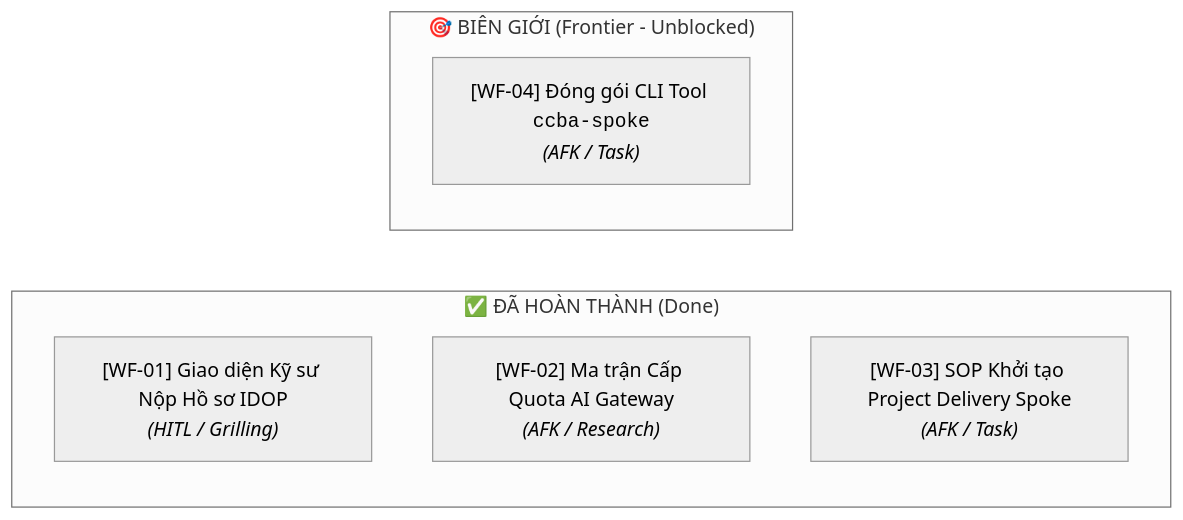
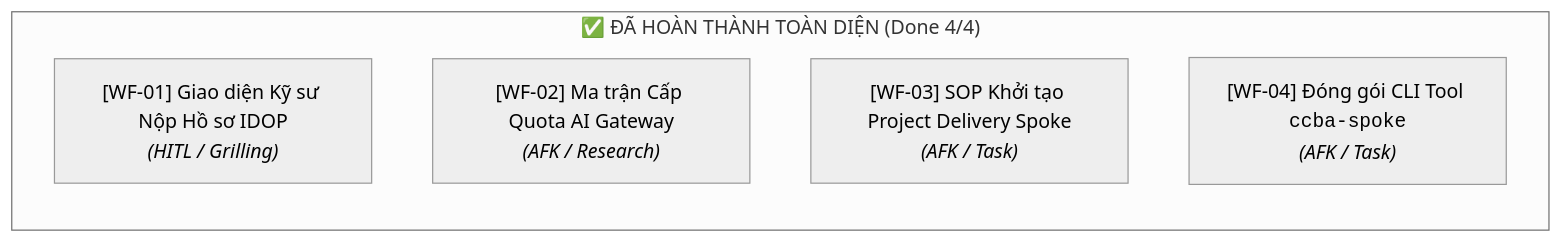
Before and after one commit to vvChu/ccba-agent-platform: the second of 2 diagrams in .md/wayfinder/idop_spoke_ecosystem_map.md, drawn with Mermaid (neutral theme). The commit also changed other lines of this file and 4 other files, not shown here.

````diff
--- a/.md/wayfinder/idop_spoke_ecosystem_map.md
+++ b/.md/wayfinder/idop_spoke_ecosystem_map.md
@@ -106,12 +110,9 @@
 ```mermaid
 graph LR
-    subgraph Done ["✅ ĐÃ HOÀN THÀNH (Done)"]
+    subgraph Done ["✅ ĐÃ HOÀN THÀNH TOÀN DIỆN (Done 4/4)"]
         T01["[WF-01] Giao diện Kỹ sư Nộp Hồ sơ IDOP<br/><i>(HITL / Grilling)</i>"]
         T02["[WF-02] Ma trận Cấp Quota AI Gateway<br/><i>(AFK / Research)</i>"]
         T03["[WF-03] SOP Khởi tạo Project Delivery Spoke<br/><i>(AFK / Task)</i>"]
-    end
-
-    subgraph Frontier ["🎯 BIÊN GIỚI (Frontier - Unblocked)"]
         T04["[WF-04] Đóng gói CLI Tool <code>ccba-spoke</code><br/><i>(AFK / Task)</i>"]
     end
 ```
````
